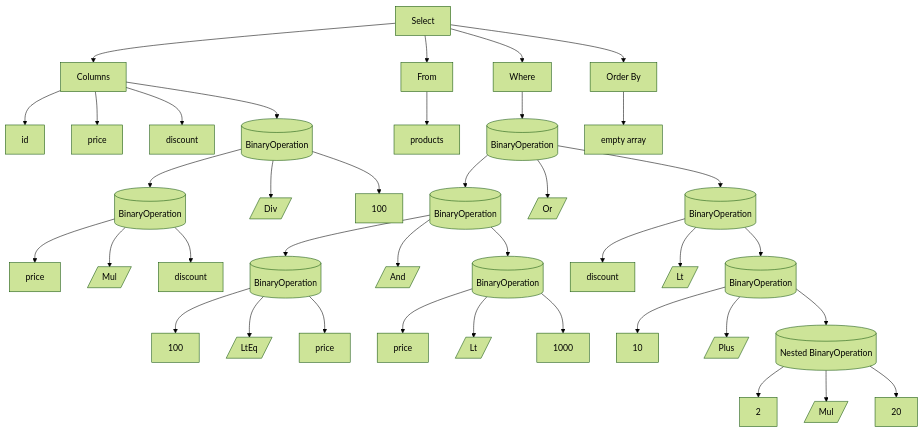
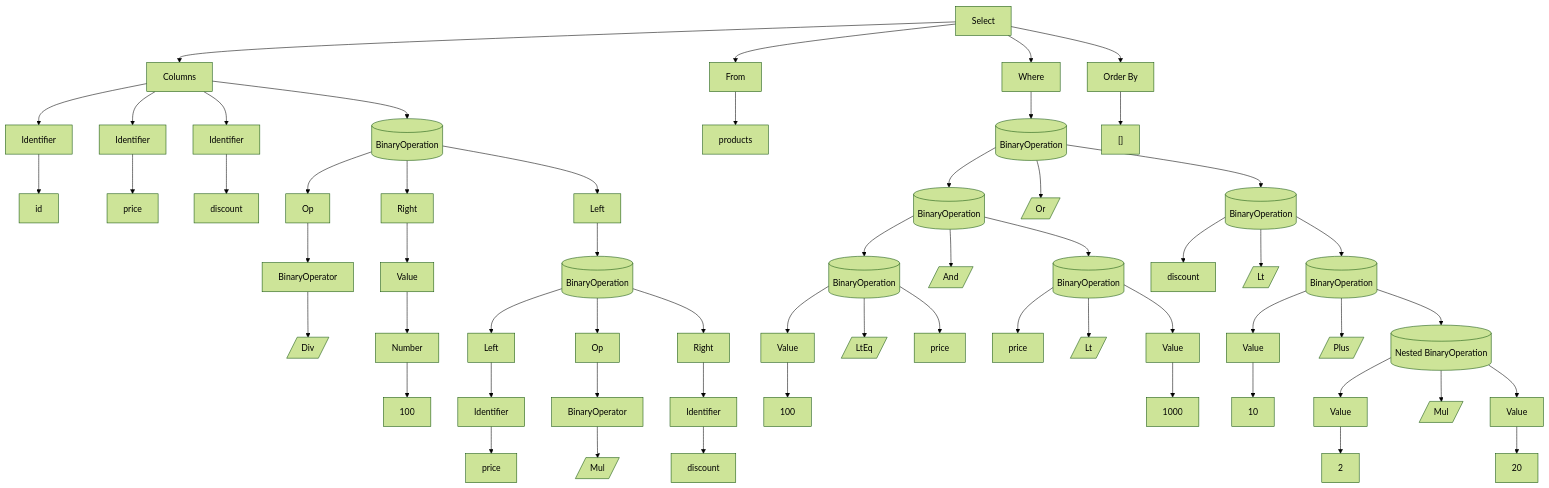
One commit to TickLabVN/challenges changed the fourth of 16 diagrams in engineer/cs/simple-csv-query-tool/timelines/week_2/testcase.md. Above: the diagram before and after it, drawn with Mermaid (forest theme). The commit also changed other lines of this file, not shown here.

````diff
--- a/engineer/cs/simple-csv-query-tool/timelines/week_2/testcase.md
+++ b/engineer/cs/simple-csv-query-tool/timelines/week_2/testcase.md
@@ -172,52 +172,52 @@
 ```mermaid
 flowchart TD
     S[Select]
     S --> C[Columns]
     S --> F[From]
     S --> W[Where]
     S --> O[Order By]
 
-    C --> ID[id]
-    C --> PRICE[price]
-    C --> DISCOUNT[discount]
+    C --> IDENTIFIER1[Identifier] --> ID[id]
+    C --> IDENTIFIER2[Identifier] --> PRICE[price]
+    C --> IDENTIFIER3[Identifier] --> DISCOUNT[discount]
     C --> EXPR1[(BinaryOperation)]
-    EXPR1 --> LEFT1[(BinaryOperation)]
-    EXPR1 --> OP1[/Div/]
-    EXPR1 --> RIGHT1[100]
-    LEFT1 --> LEFT2[price]
-    LEFT1 --> OP2[/Mul/]
-    LEFT1 --> RIGHT2[discount]
+    EXPR1 --> LEFT1[Left] --> LEFT1_VALUE[(BinaryOperation)]
+    EXPR1 --> OPERATOR1[Op] --> OPERATOR1_VALUE[BinaryOperator] --> OP1[/Div/]
+    EXPR1 --> RIGHT1[Right] --> RIGHT1_VALUE[Value] --> NUMBER1[Number] --> NUMBER1_VALUE[100] 
+    LEFT1_VALUE --> LEFT2[Left] --> LEFT2_IDENTIFIER[Identifier] --> LEFT2_VALUE[price]
+    LEFT1_VALUE --> OP2[Op] --> OP2_OPERATOR[BinaryOperator] --> OP2_VALUE[/Mul/]
+    LEFT1_VALUE --> RIGHT2[Right] --> RIGHT2_IDENTIFIER[Identifier] --> RIGHT2_VALUE[discount]
     
     F --> PRODUCTS[products]
 
     W --> OP3[(BinaryOperation)]
     OP3 --> LEFT3[(BinaryOperation)]
     OP3 --> OP4[/Or/]
     OP3 --> RIGHT4[(BinaryOperation)]
 
     LEFT3 --> LEFT4[(BinaryOperation)]
     LEFT3 --> OP5[/And/]
     LEFT3 --> RIGHT5[(BinaryOperation)]
     
-    LEFT4 --> LEFT5[100]
+    LEFT4 --> LEFT5[Value] --> NUMBER2[100]
     LEFT4 --> OP6[/LtEq/]
     LEFT4 --> RIGHT6[price]
 
     RIGHT5 --> LEFT6[price]
     RIGHT5 --> OP7[/Lt/]
-    RIGHT5 --> RIGHT7[1000]
+    RIGHT5 --> RIGHT7[Value] --> NUMBER3[1000]
 
     RIGHT4 --> LEFT7[discount]
     RIGHT4 --> OP8[/Lt/]
     RIGHT4 --> RIGHT8[(BinaryOperation)]
 
-    RIGHT8 --> LEFT8[10]
+    RIGHT8 --> LEFT8[Value] --> NUMBER4[10]
     RIGHT8 --> OP9[/Plus/]
     RIGHT8 --> RIGHT9[(Nested BinaryOperation)]
 
-    RIGHT9 --> LEFT9[2]
+    RIGHT9 --> LEFT9[Value] --> NUMBER5[2]
     RIGHT9 --> OP10[/Mul/]
-    RIGHT9 --> RIGHT10[20]
+    RIGHT9 --> RIGHT10[Value] --> NUMBER6[20]
 
-    O --> EMPTY[empty array]
+    O --> EMPTY["[]"]
 ```
````
